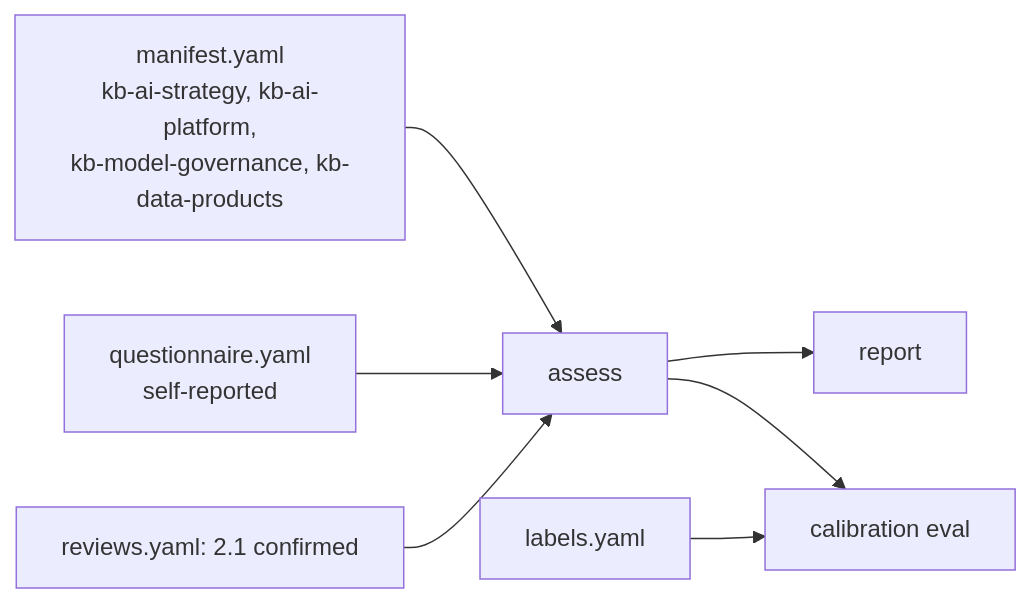
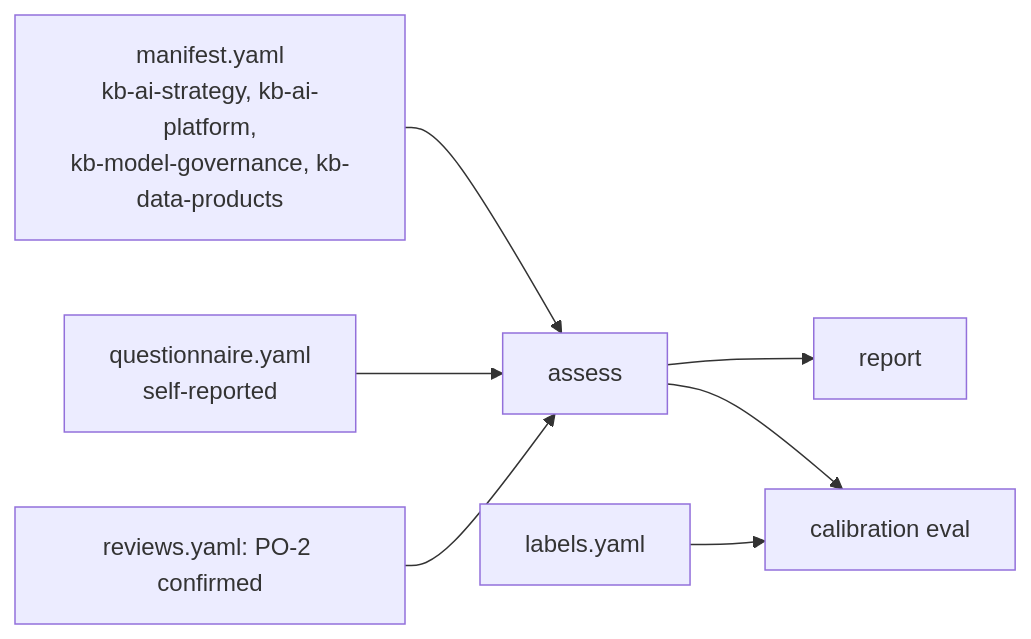
Before and after one commit to jagadishmazure-jpg/Jagadish-ai-maturity-assessment: the diagram in docs/samples/kestrel-bay-bank.md, drawn with Mermaid. The commit also changed other lines of this file and 2 other files, not shown here.

Commit message:
docs: sample docs reflect EAMM results, anchors and reviews

````diff
--- a/docs/samples/kestrel-bay-bank.md
+++ b/docs/samples/kestrel-bay-bank.md
@@ -15,9 +16,9 @@
 ```mermaid
 flowchart LR
   M[manifest.yaml<br/>kb-ai-strategy, kb-ai-platform,<br/>kb-model-governance, kb-data-products] --> G[assess]
   Q[questionnaire.yaml<br/>self-reported] --> G
   L[labels.yaml] --> E[calibration eval]
   G --> R[report]
   G --> E
-  RV[reviews.yaml: 2.1 confirmed] --> G
+  RV[reviews.yaml: PO-2 confirmed] --> G
 ```
````
